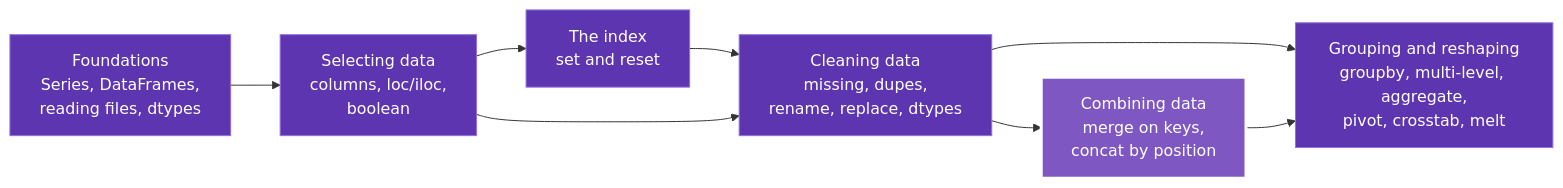
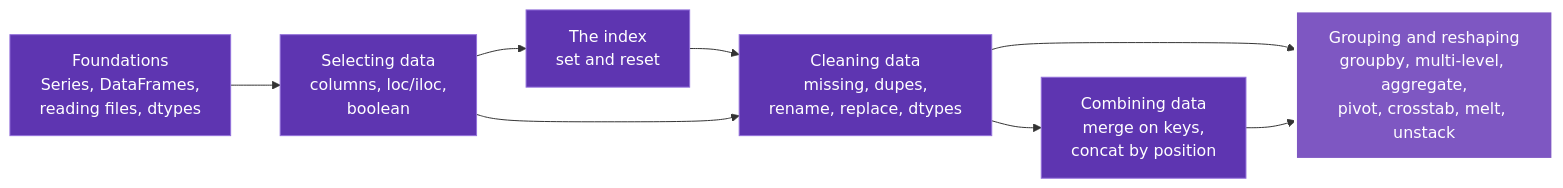
Before and after one commit to karywnl/pandas: the diagram in docs/index.md, drawn with Mermaid. The commit also changed 13 other files, not shown here.

````diff
--- a/docs/index.md
+++ b/docs/index.md
@@ -16,16 +16,16 @@
 ```mermaid
 flowchart LR
     F["Foundations<br/>Series, DataFrames,<br/>reading files, dtypes"] --> SEL["Selecting data<br/>columns, loc/iloc,<br/>boolean"]
     SEL --> IDX["The index<br/>set and reset"]
     IDX --> CLEAN["Cleaning data<br/>missing, dupes,<br/>rename, replace, dtypes"]
-    CLEAN --> GRP["Grouping and reshaping<br/>groupby, multi-level, aggregate,<br/>pivot, crosstab, melt"]
+    CLEAN --> GRP["Grouping and reshaping<br/>groupby, multi-level, aggregate,<br/>pivot, crosstab, melt, unstack"]
     SEL --> CLEAN
     CLEAN --> COMB["Combining data<br/>merge on keys,<br/>concat by position"]
     COMB --> GRP
     style F fill:#5e35b1,color:#fff
     style SEL fill:#5e35b1,color:#fff
     style IDX fill:#5e35b1,color:#fff
     style CLEAN fill:#5e35b1,color:#fff
-    style GRP fill:#5e35b1,color:#fff
-    style COMB fill:#7e57c2,color:#fff,stroke:#fff,stroke-width:3px
+    style GRP fill:#7e57c2,color:#fff,stroke:#fff,stroke-width:3px
+    style COMB fill:#5e35b1,color:#fff
 ```
````
